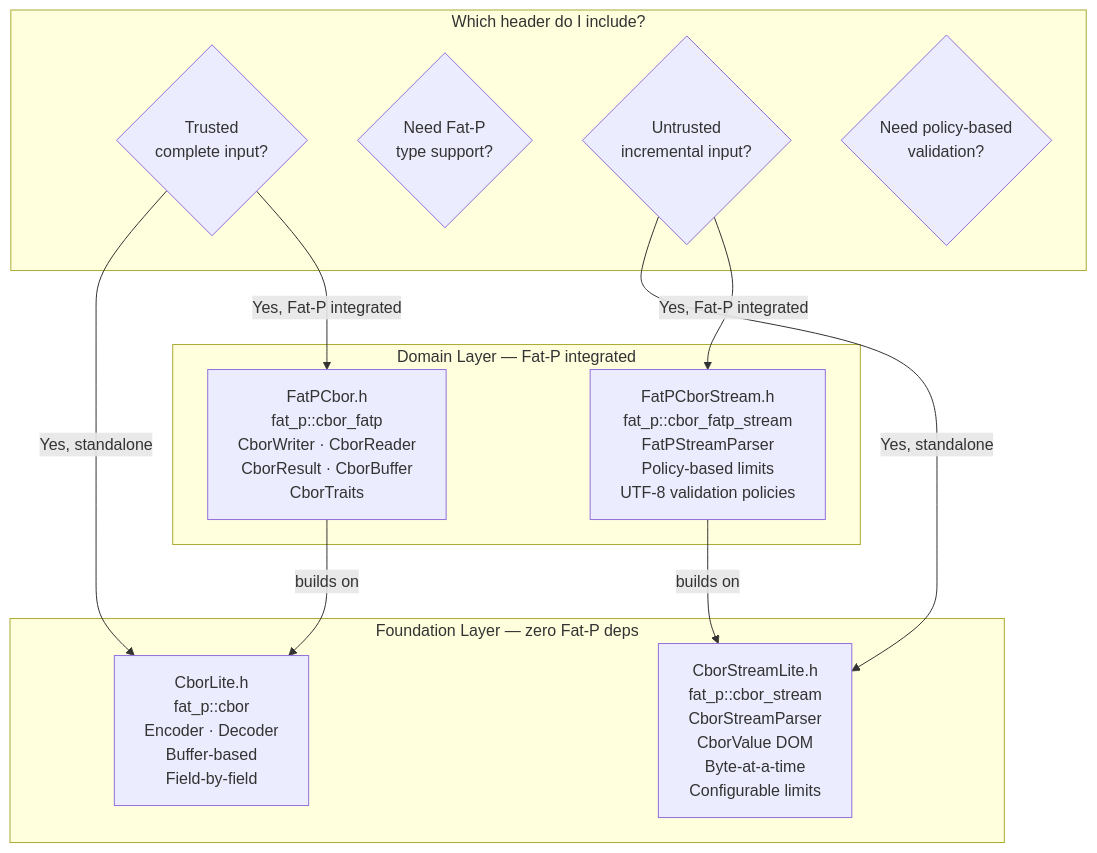
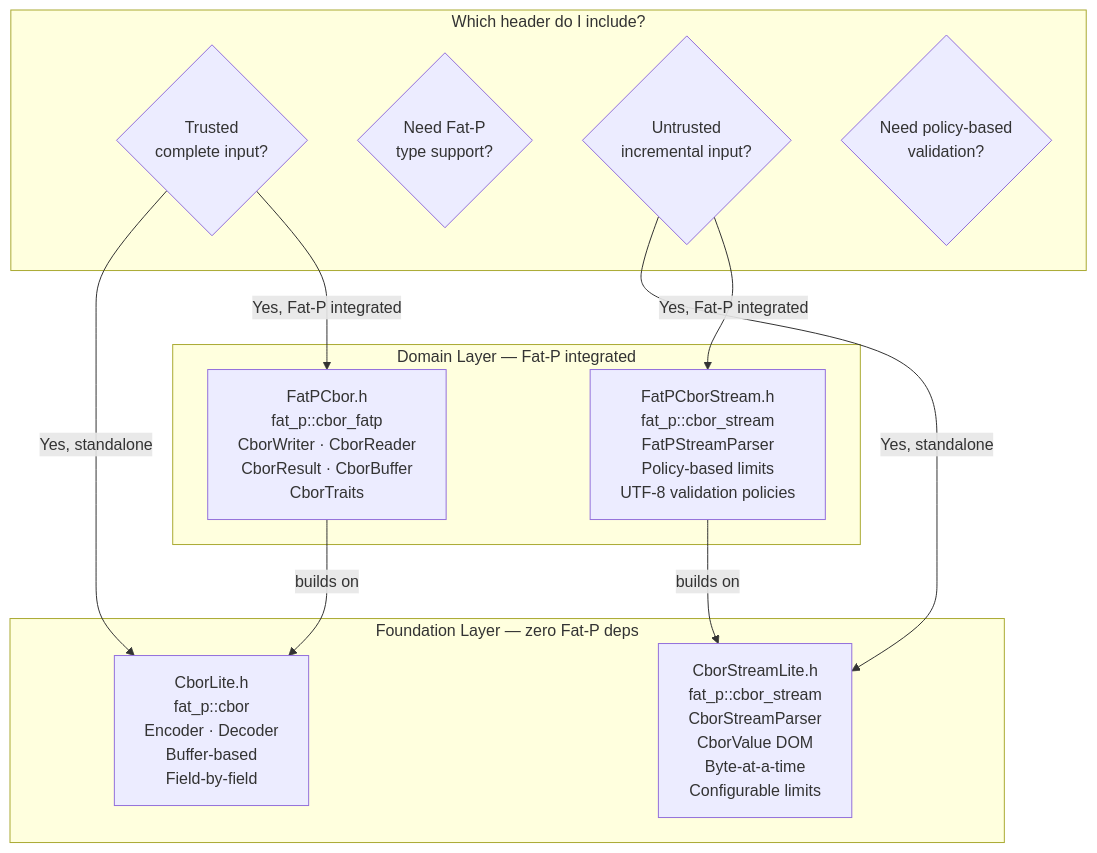
Before and after one commit to schroedermatthew/FatP: the diagram in components/Cbor/docs/Overview - Cbor.md, drawn with Mermaid. The commit also changed 103 other files, not shown here.

````diff
--- a/components/Cbor/docs/Overview - Cbor.md
+++ b/components/Cbor/docs/Overview - Cbor.md
@@ -74,27 +74,27 @@
 ```mermaid
 flowchart TB
     subgraph Foundation["Foundation Layer — zero Fat-P deps"]
         CL["CborLite.h<br/>fat_p::cbor<br/>Encoder · Decoder<br/>Buffer-based<br/>Field-by-field"]
         CS["CborStreamLite.h<br/>fat_p::cbor_stream<br/>CborStreamParser<br/>CborValue DOM<br/>Byte-at-a-time<br/>Configurable limits"]
     end
 
     subgraph Domain["Domain Layer — Fat-P integrated"]
         FC["FatPCbor.h<br/>fat_p::cbor_fatp<br/>CborWriter · CborReader<br/>CborResult · CborBuffer<br/>CborTraits"]
-        FS["FatPCborStream.h<br/>fat_p::cbor_fatp_stream<br/>FatPStreamParser<br/>Policy-based limits<br/>UTF-8 validation policies"]
+        FS["FatPCborStream.h<br/>fat_p::cbor_stream<br/>FatPStreamParser<br/>Policy-based limits<br/>UTF-8 validation policies"]
     end
 
     FC -->|"builds on"| CL
     FS -->|"builds on"| CS
 
     subgraph Choice["Which header do I include?"]
         Q1{"Trusted<br/>complete input?"}
         Q2{"Need Fat-P<br/>type support?"}
         Q3{"Untrusted<br/>incremental input?"}
         Q4{"Need policy-based<br/>validation?"}
     end
 
     Q1 -->|"Yes, standalone"| CL
     Q1 -->|"Yes, Fat-P integrated"| FC
     Q3 -->|"Yes, standalone"| CS
     Q3 -->|"Yes, Fat-P integrated"| FS
 ```
````
